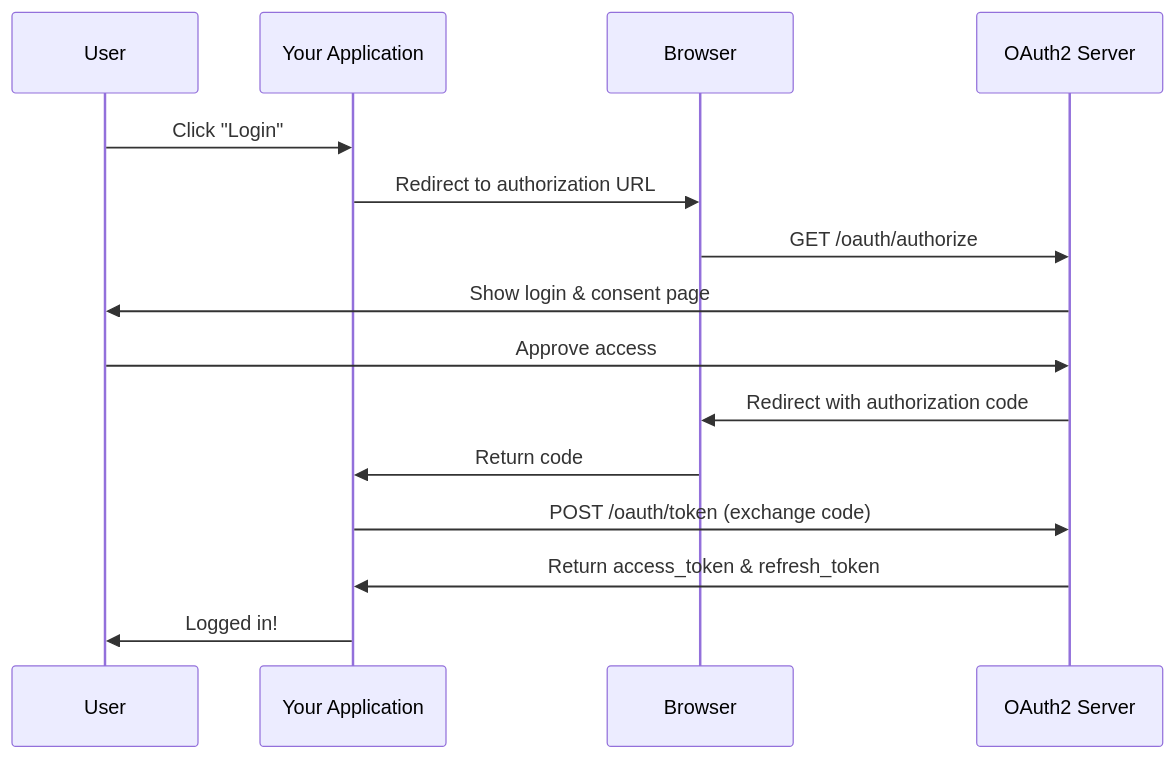
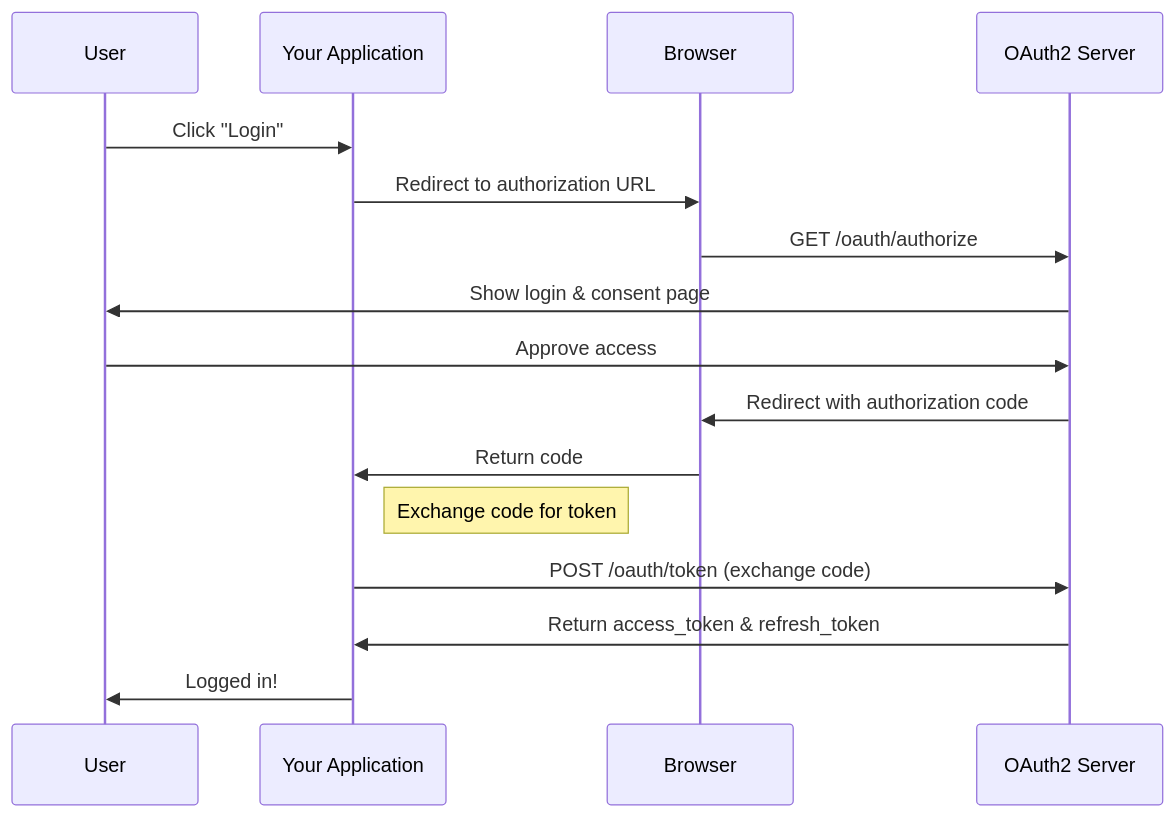
The first of 2 diagrams in docs/getting-started/quickstart.md (ianlintner/rust_oauth2), drawn with Mermaid before and after one commit. The commit also changed other lines of this file and 9 other files, not shown here.

Commit message:
Fix mermaid diagram labels and improve markdown formatting across documentation

````diff
--- a/docs/getting-started/quickstart.md
+++ b/docs/getting-started/quickstart.md
@@ -66,18 +66,19 @@
 ```mermaid
 sequenceDiagram
     participant User
     participant App as Your Application
     participant Browser
     participant OAuth2 as OAuth2 Server
     
     User->>App: Click "Login"
     App->>Browser: Redirect to authorization URL
     Browser->>OAuth2: GET /oauth/authorize
     OAuth2->>User: Show login & consent page
     User->>OAuth2: Approve access
     OAuth2->>Browser: Redirect with authorization code
     Browser->>App: Return code
+    Note right of App: Exchange code for token
     App->>OAuth2: POST /oauth/token (exchange code)
     OAuth2->>App: Return access_token & refresh_token
     App->>User: Logged in!
 ```
````
